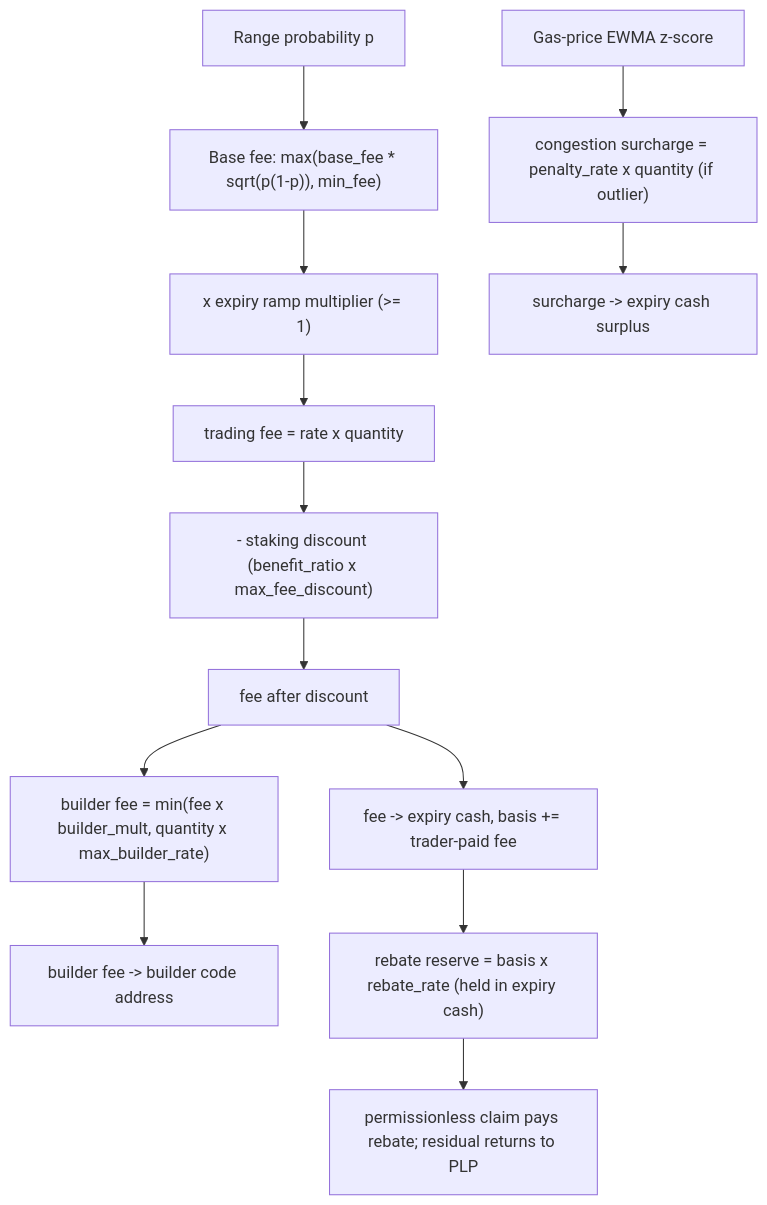
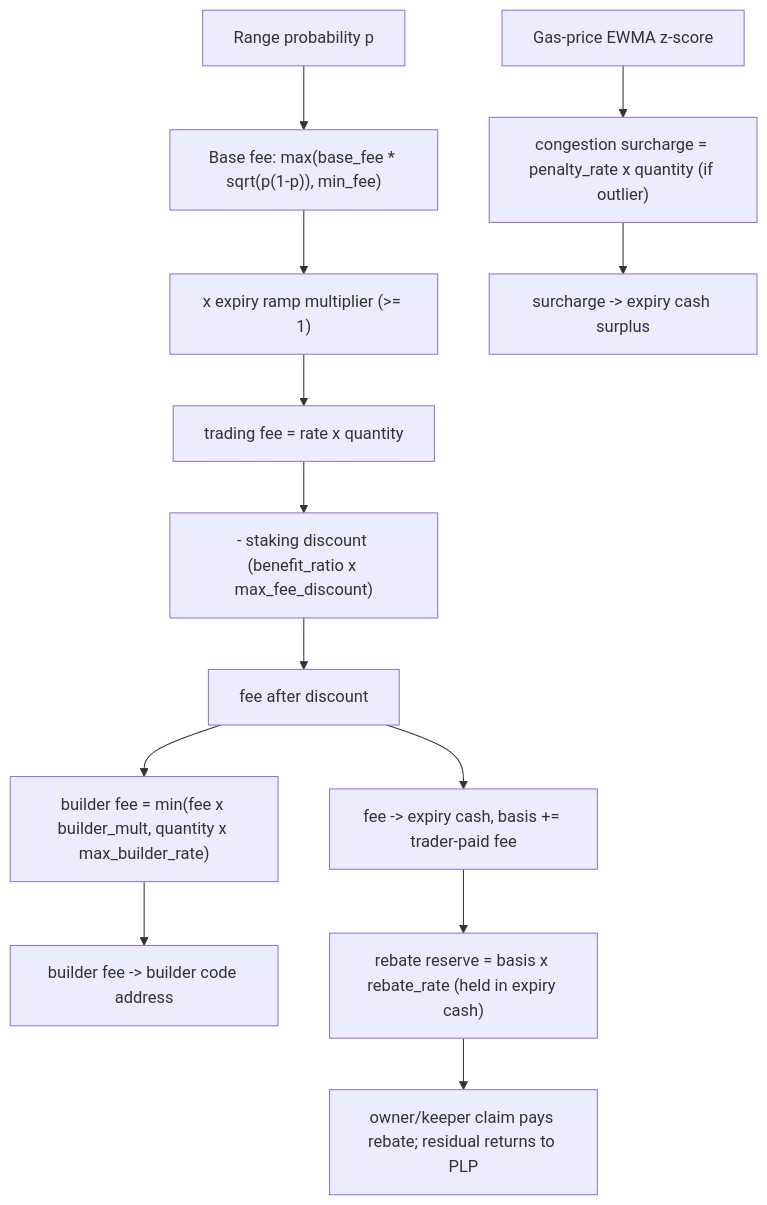
The diagram in packages/predict/docs/concepts/fees-and-rebates.md (MystenLabs/deepbookv3), drawn with Mermaid before and after one commit. The commit also changed other lines of this file and 12 other files, not shown here.

````diff
--- a/packages/predict/docs/concepts/fees-and-rebates.md
+++ b/packages/predict/docs/concepts/fees-and-rebates.md
@@ -153,15 +153,15 @@
 ```mermaid
 flowchart TD
     P[Range probability p] --> BF["Base fee: max(base_fee * sqrt(p(1-p)), min_fee)"]
     BF --> RAMP["x expiry ramp multiplier (>= 1)"]
     RAMP --> FEE[trading fee = rate x quantity]
     FEE --> DISC["- staking discount (benefit_ratio x max_fee_discount)"]
     DISC --> NETFEE[fee after discount]
     NETFEE --> BUILD["builder fee = min(fee x builder_mult, quantity x max_builder_rate)"]
     GAS[Gas-price EWMA z-score] --> CONG["congestion surcharge = penalty_rate x quantity (if outlier)"]
     NETFEE --> COLLECT[fee -> expiry cash, basis += trader-paid fee]
     BUILD --> BUILDER[builder fee -> builder code address]
     CONG --> SURPLUS[surcharge -> expiry cash surplus]
     COLLECT --> RESERVE["rebate reserve = basis x rebate_rate (held in expiry cash)"]
-    RESERVE --> CLAIM[permissionless claim pays rebate; residual returns to PLP]
+    RESERVE --> CLAIM[owner/keeper claim pays rebate; residual returns to PLP]
 ```
````
